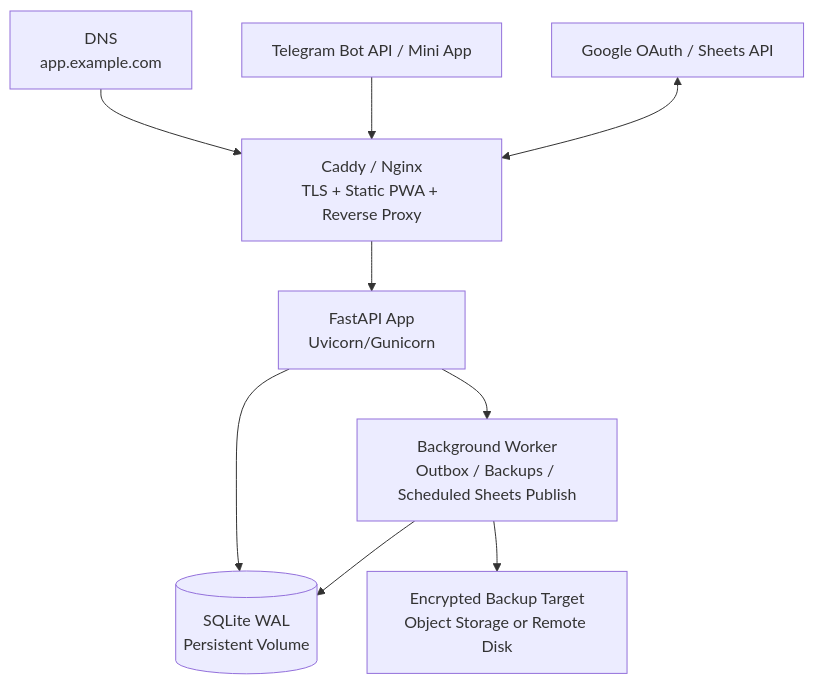
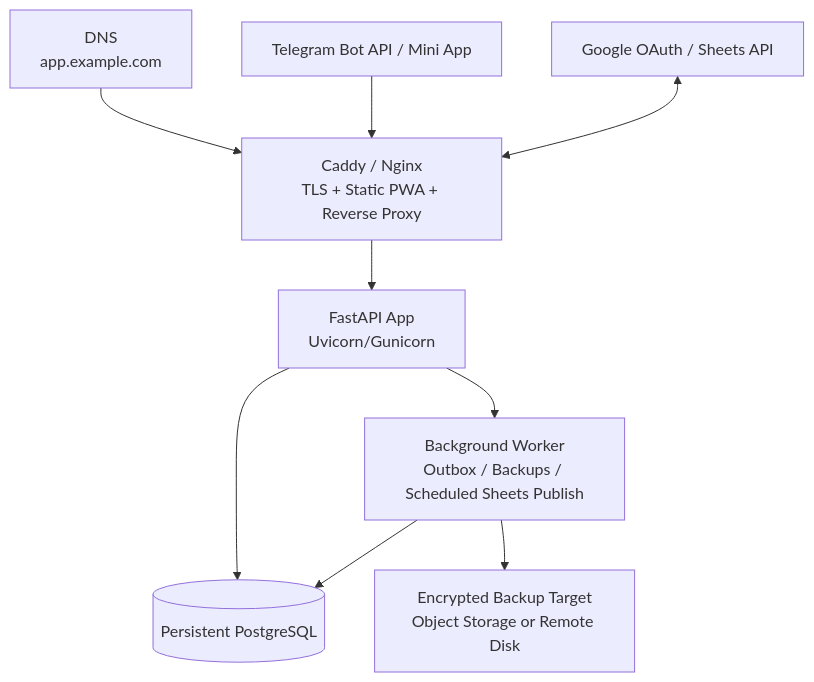
Before and after one commit to qrtman/adaptive_lifting: the ninth of 9 diagrams in architecture.md, drawn with Mermaid. The commit also changed other lines of this file and 28 other files, not shown here.

````diff
--- a/architecture.md
+++ b/architecture.md
@@ -1431,11 +1431,11 @@
 ```mermaid
 graph TD
     DNS["DNS<br/>app.example.com"] --> Proxy["Caddy / Nginx<br/>TLS + Static PWA + Reverse Proxy"]
     Proxy --> API["FastAPI App<br/>Uvicorn/Gunicorn"]
-    API --> DB[("SQLite WAL<br/>Persistent Volume")]
+    API --> DB[("Persistent PostgreSQL")]
     API --> Worker["Background Worker<br/>Outbox / Backups / Scheduled Sheets Publish"]
     Worker --> DB
     Worker --> Backup["Encrypted Backup Target<br/>Object Storage or Remote Disk"]
     Telegram["Telegram Bot API / Mini App"] --> Proxy
     Google["Google OAuth / Sheets API"] <--> Proxy
 ```
````
